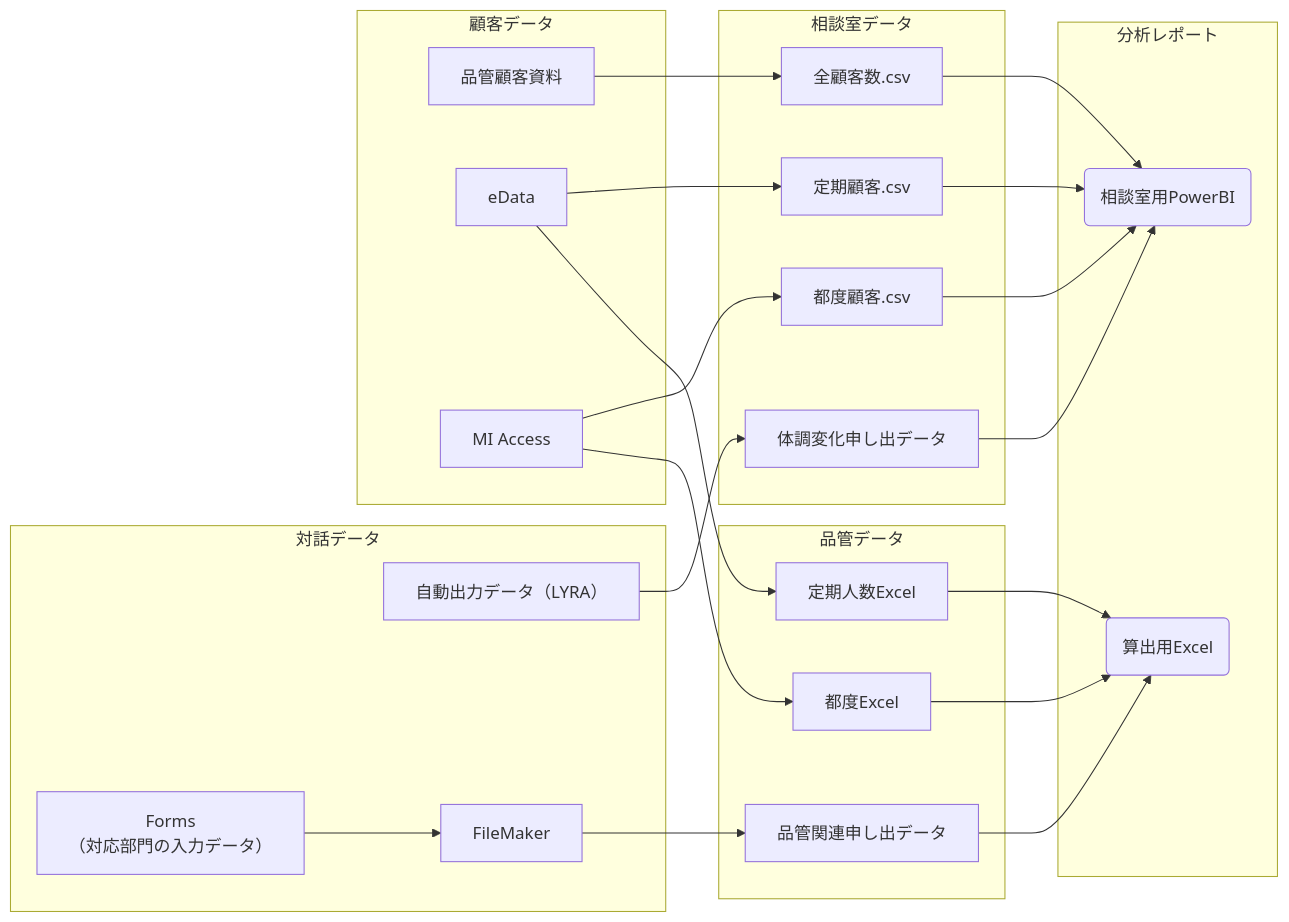
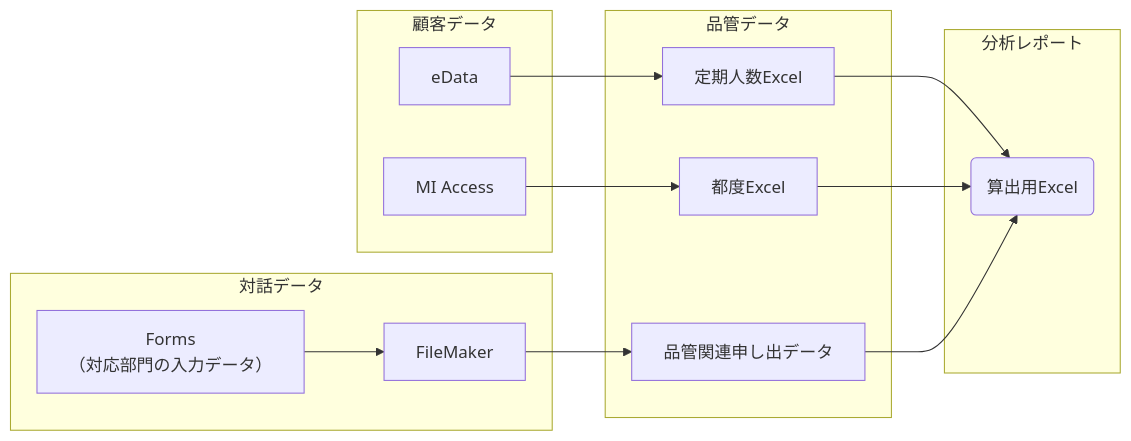
One commit to saito-moe/doc changed the second of 2 diagrams in tmp.md. Above: the diagram before and after it, drawn with Mermaid. The commit also changed other lines of this file, not shown here.

Commit message:
Revise flowchart for quality control data
Updated flowchart to reflect current quality control data structure.

````diff
--- a/tmp.md
+++ b/tmp.md
@@ -29,31 +29,20 @@
 ```mermaid
 flowchart　LR
 subgraph 分析レポート
-    R1(相談室用PowerBI)
      R2(算出用Excel)
 end
 subgraph 品管データ
     C2[定期人数Excel] --> R2
     D2[都度Excel] --> R2
     A2[品管関連申し出データ] --> R2
 end
-subgraph 相談室データ
-    A1[体調変化申し出データ] --> R1
-    B1[全顧客数.csv] --> R1
-    C1[定期顧客.csv] --> R1
-    D1[都度顧客.csv] --> R1
-end
 subgraph 対話データ
-    E1[自動出力データ（LYRA）] --> A1
     E2[Forms<br>（対応部門の入力データ）] --> G2
 %%    F2[LYRA] --> G2
     G2[FileMaker] --> A2
 end
 subgraph 顧客データ
-    F1[品管顧客資料] --> B1
-    G1[eData] --> C1
-    H1[MI Access] --> D1
-    G1 --> C2
-    H1 --> D2
+    G1[eData] --> C2
+    H1[MI Access] --> D2
 end
 ```
````
